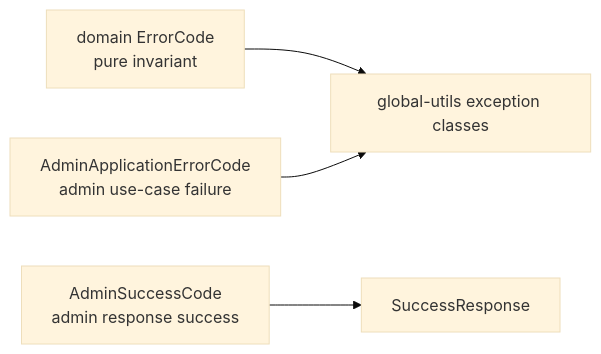
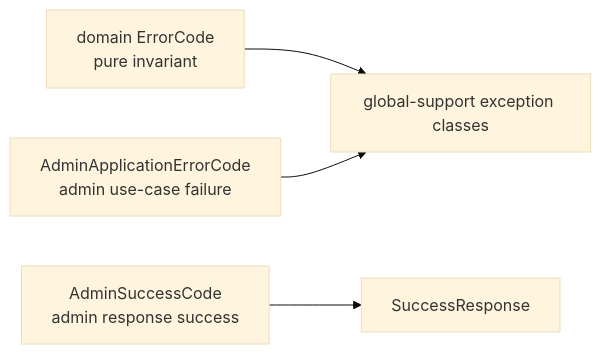
One commit to TEAM-BEAT/BEAT-SERVER changed the sixth of 6 diagrams in admin/README.md. Above: the diagram before and after it, drawn with Mermaid (base theme). The commit also changed other lines of this file and 10 other files, not shown here.

First line of the commit message:
docs: global support 모듈 책임 명세 정리

````diff
--- a/admin/README.md
+++ b/admin/README.md
@@ -417,11 +417,11 @@
 ```mermaid
 flowchart LR
     DomainError[domain ErrorCode<br/>pure invariant]
     AdminError[AdminApplicationErrorCode<br/>admin use-case failure]
     AdminSuccess[AdminSuccessCode<br/>admin response success]
-    Exception[global-utils exception classes]
+    Exception[global-support exception classes]
 
     DomainError --> Exception
     AdminError --> Exception
     AdminSuccess --> Response[SuccessResponse]
 ```
````
